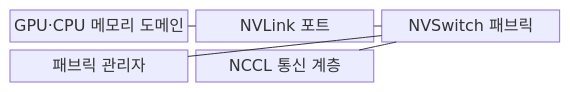
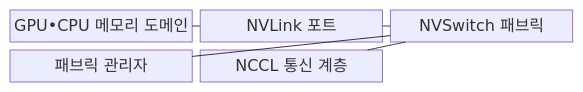
Before and after one commit to agnusdei1207/knowledge-base: the first of 2 diagrams in src/content/docs/notes/04-network/105_nvlink.md, drawn with Mermaid. The commit also changed other lines of this file and 953 other files, not shown here.

````diff
--- a/src/content/docs/notes/04-network/105_nvlink.md
+++ b/src/content/docs/notes/04-network/105_nvlink.md
@@ -65,13 +65,13 @@
 ```mermaid
 block-beta
     columns 3
-    A["GPU·CPU 메모리 도메인"]
+    A["GPU•CPU 메모리 도메인"]
     B["NVLink 포트"]
     C["NVSwitch 패브릭"]
     D["패브릭 관리자"]
     E["NCCL 통신 계층"]
     A --- B
     B --- C
     C --- D
     C --- E
 ```
````
